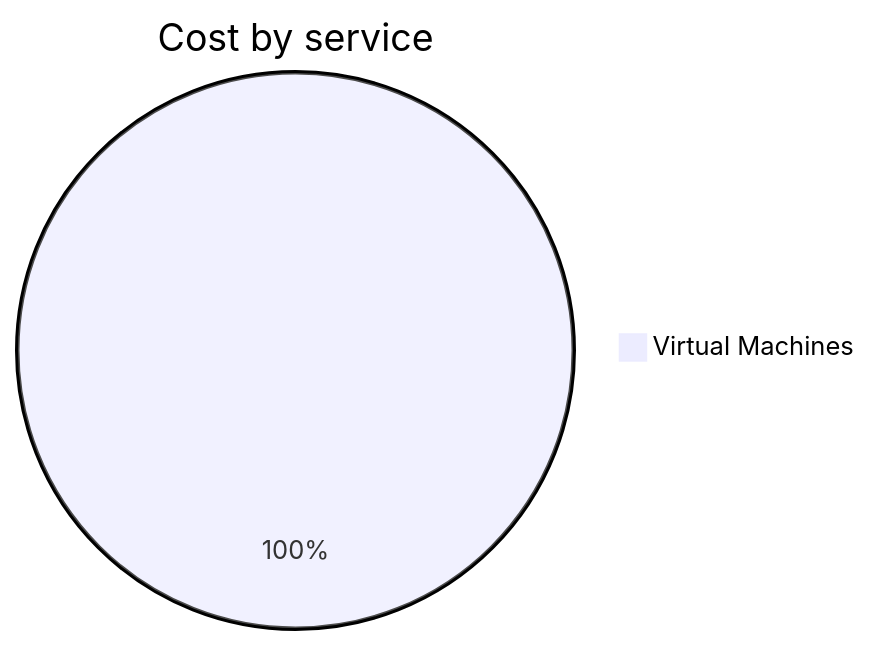
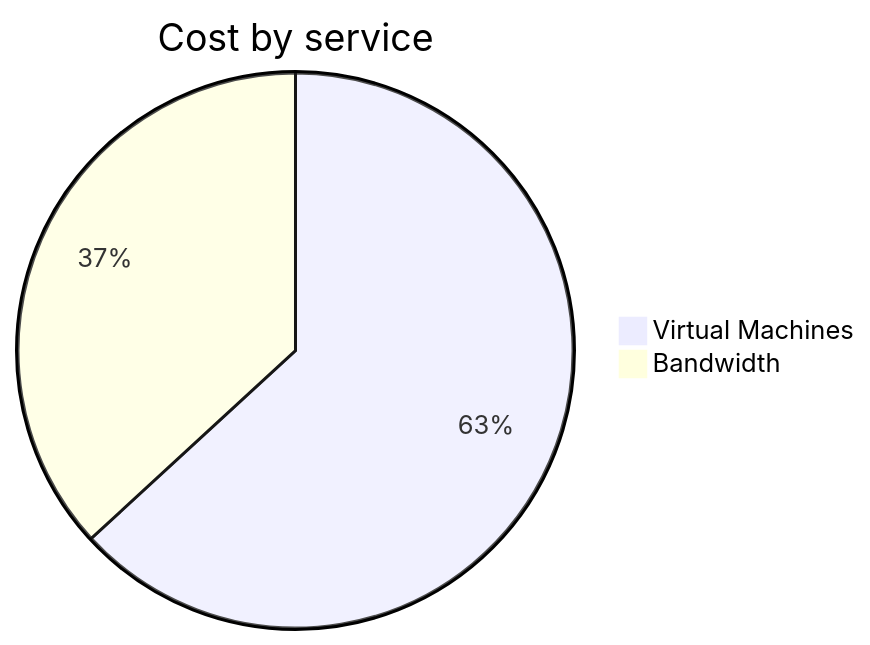
The second of 4 diagrams in cost-reports/personal-network/vpn-server.md (jpfulton/azure-personal-reports), drawn with Mermaid before and after one commit. The commit also changed other lines of this file and 8 other files, not shown here.

````diff
--- a/cost-reports/personal-network/vpn-server.md
+++ b/cost-reports/personal-network/vpn-server.md
@@ -93,5 +94,6 @@
 ```mermaid
 pie
    title Cost by service
-   "Virtual Machines" : 0.05
+   "Virtual Machines" : 0.24
+   "Bandwidth" : 0.14
 ```
````
